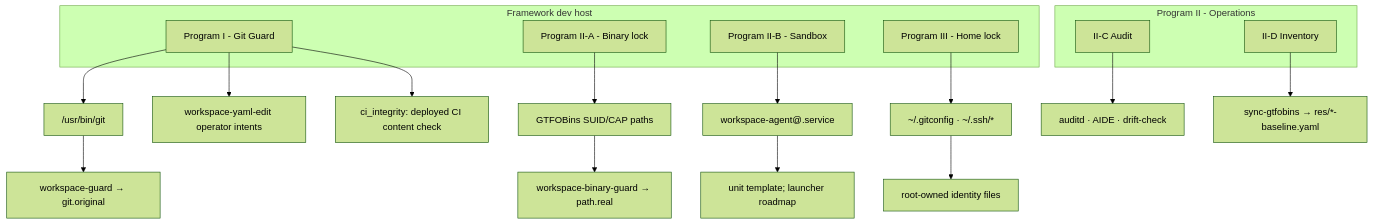
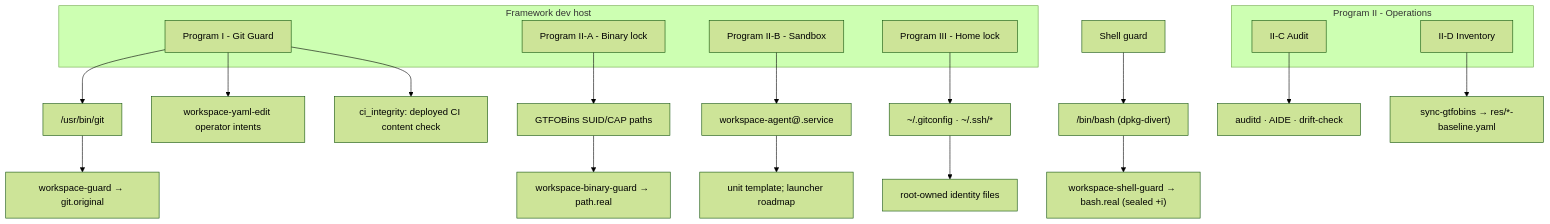
The diagram in README.md (Independent-AI-Labs/WORKSPACE-GUARD), drawn with Mermaid (forest theme) before and after one commit. The commit also changed other lines of this file and 5 other files, not shown here.

First line of the commit message:
docs: sync README/OPERATOR/SPEC/REQ with shipped shell guard

````diff
--- a/README.md
+++ b/README.md
@@ -85,31 +95,34 @@
 ```mermaid
 flowchart TB
   subgraph host [Framework dev host]
     P1[Program I - Git Guard]
     P2A[Program II-A - Binary lock]
     P2B[Program II-B - Sandbox]
     P3[Program III - Home lock]
   end
 
   P1 --> S1["/usr/bin/git"]
   S1 --> E1["workspace-guard → git.original"]
   P1 --> C1["workspace-yaml-edit operator intents"]
   P1 --> C2["ci_integrity: deployed CI content check"]
 
   P2A --> S2["GTFOBins SUID/CAP paths"]
   S2 --> E2["workspace-binary-guard → path.real"]
 
+  SH[Shell guard] --> S5["/bin/bash (dpkg-divert)"]
+  S5 --> E5["workspace-shell-guard → bash.real (sealed +i)"]
+
   P2B --> S3["workspace-agent@.service"]
   S3 --> E3["unit template; launcher roadmap"]
 
   P3 --> S4["~/.gitconfig · ~/.ssh/*"]
   S4 --> E4["root-owned identity files"]
 
   subgraph ops [Program II - Operations]
     P2C[II-C Audit]
     P2D[II-D Inventory]
   end
 
   P2C --> D1["auditd · AIDE · drift-check"]
   P2D --> D2["sync-gtfobins → res/*-baseline.yaml"]
 ```
````
